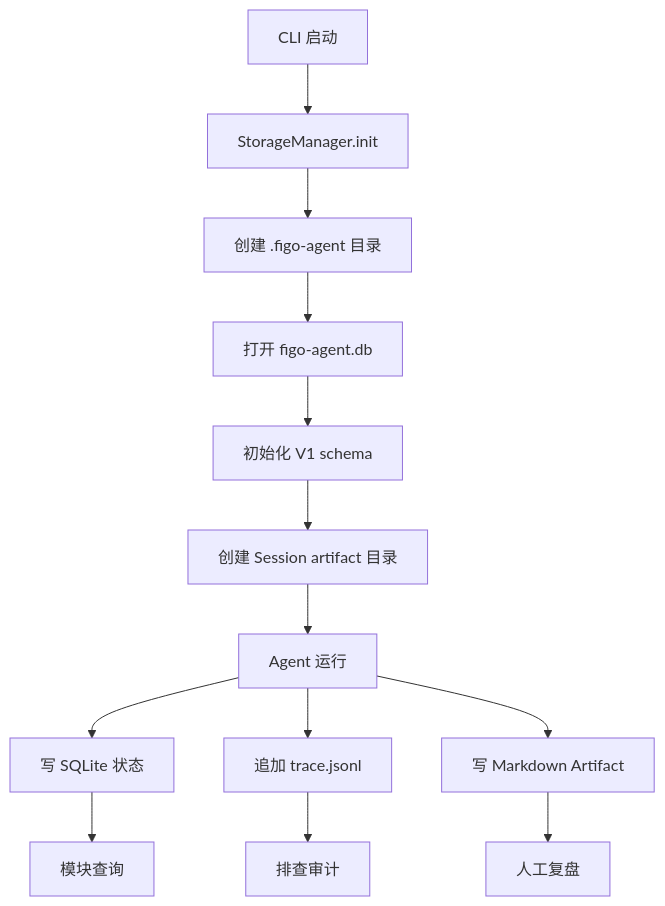
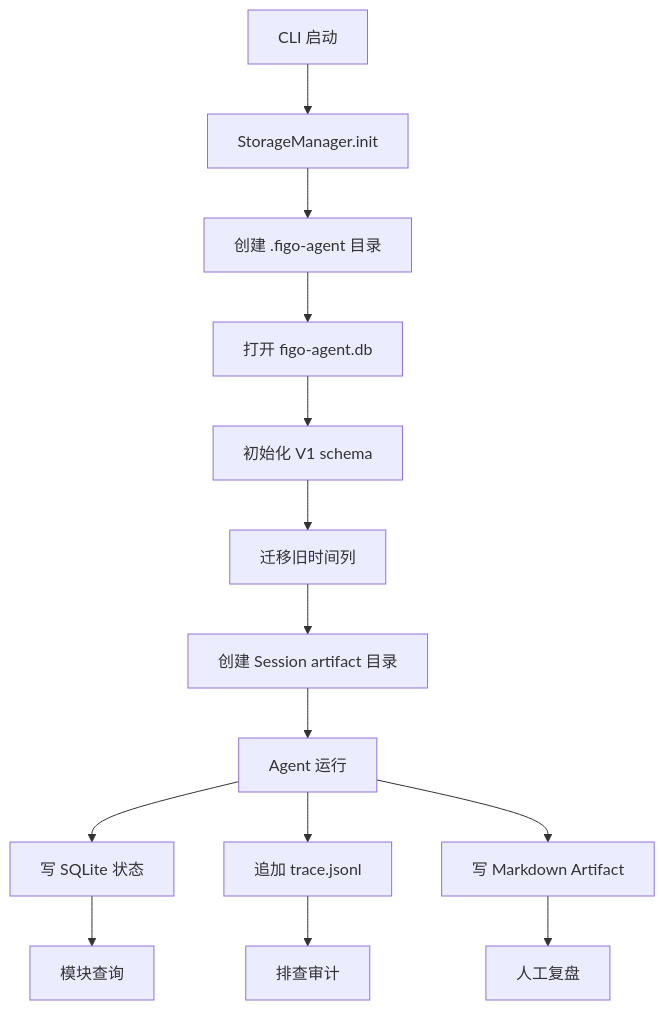
One commit to hfqf/figo-agent changed the first of 4 diagrams in docs/agent/modules/storage/README.md. Above: the diagram before and after it, drawn with Mermaid. The commit also changed other lines of this file and 31 other files, not shown here.

````diff
--- a/docs/agent/modules/storage/README.md
+++ b/docs/agent/modules/storage/README.md
@@ -147,16 +154,17 @@
 ```mermaid
 flowchart TD
   Start[CLI 启动] --> Init[StorageManager.init]
   Init --> Dir[创建 .figo-agent 目录]
   Dir --> DB[打开 figo-agent.db]
   DB --> Schema[初始化 V1 schema]
-  Schema --> SessionDir[创建 Session artifact 目录]
+  Schema --> TimeMigration[迁移旧时间列]
+  TimeMigration --> SessionDir[创建 Session artifact 目录]
   SessionDir --> Runtime[Agent 运行]
 
   Runtime --> SQLite[写 SQLite 状态]
   Runtime --> JSONL[追加 trace.jsonl]
   Runtime --> Markdown[写 Markdown Artifact]
   SQLite --> Query[模块查询]
   JSONL --> Audit[排查审计]
   Markdown --> Human[人工复盘]
 ```
````
